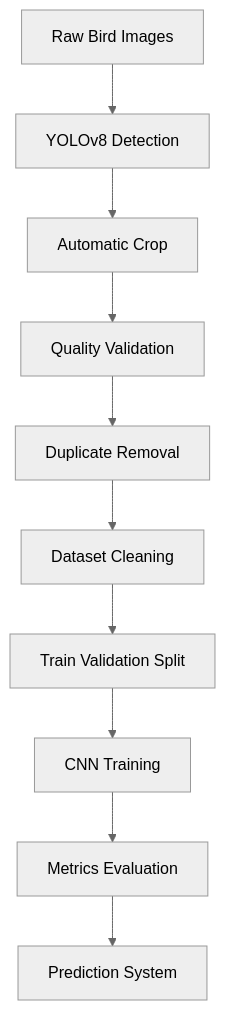
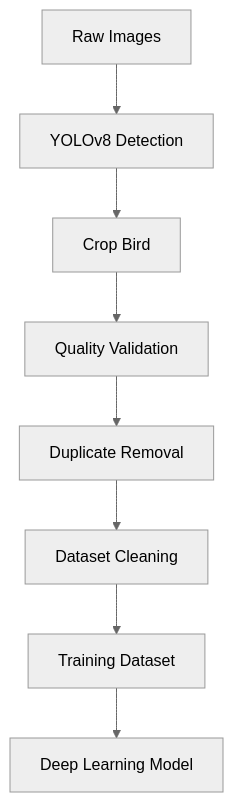
The diagram in README.md (Asnarck7/BirdScope_KEVIN_LAURA), drawn with Mermaid (neutral theme) before and after one commit. The commit also changed other lines of this file and 1 other file, not shown here.

Commit message:
Actualiza BirdScope con detección, recorte inteligente y entrenamiento profundo padre-hijo

````diff
--- a/README.md
+++ b/README.md
@@ -85,13 +47,11 @@
 ```mermaid
 graph TD;
 
-A[Raw Bird Images] --> B[YOLOv8 Detection]
-B --> C[Automatic Crop]
+A[Raw Images] --> B[YOLOv8 Detection]
+B --> C[Crop Bird]
 C --> D[Quality Validation]
 D --> E[Duplicate Removal]
 E --> F[Dataset Cleaning]
-F --> G[Train Validation Split]
-G --> H[CNN Training]
-H --> I[Metrics Evaluation]
-I --> J[Prediction System]
+F --> G[Training Dataset]
+G --> H[Deep Learning Model]
 ```
````
